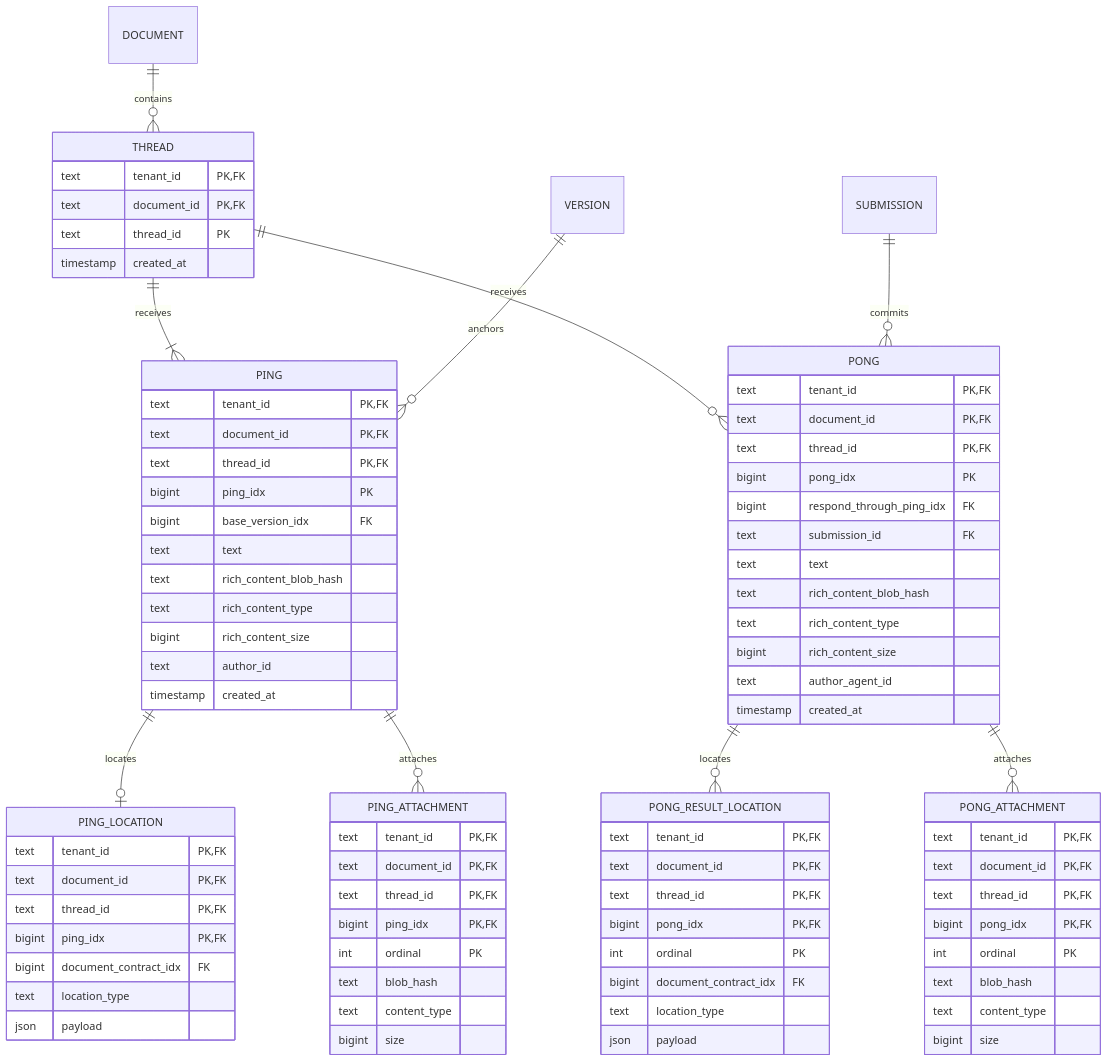
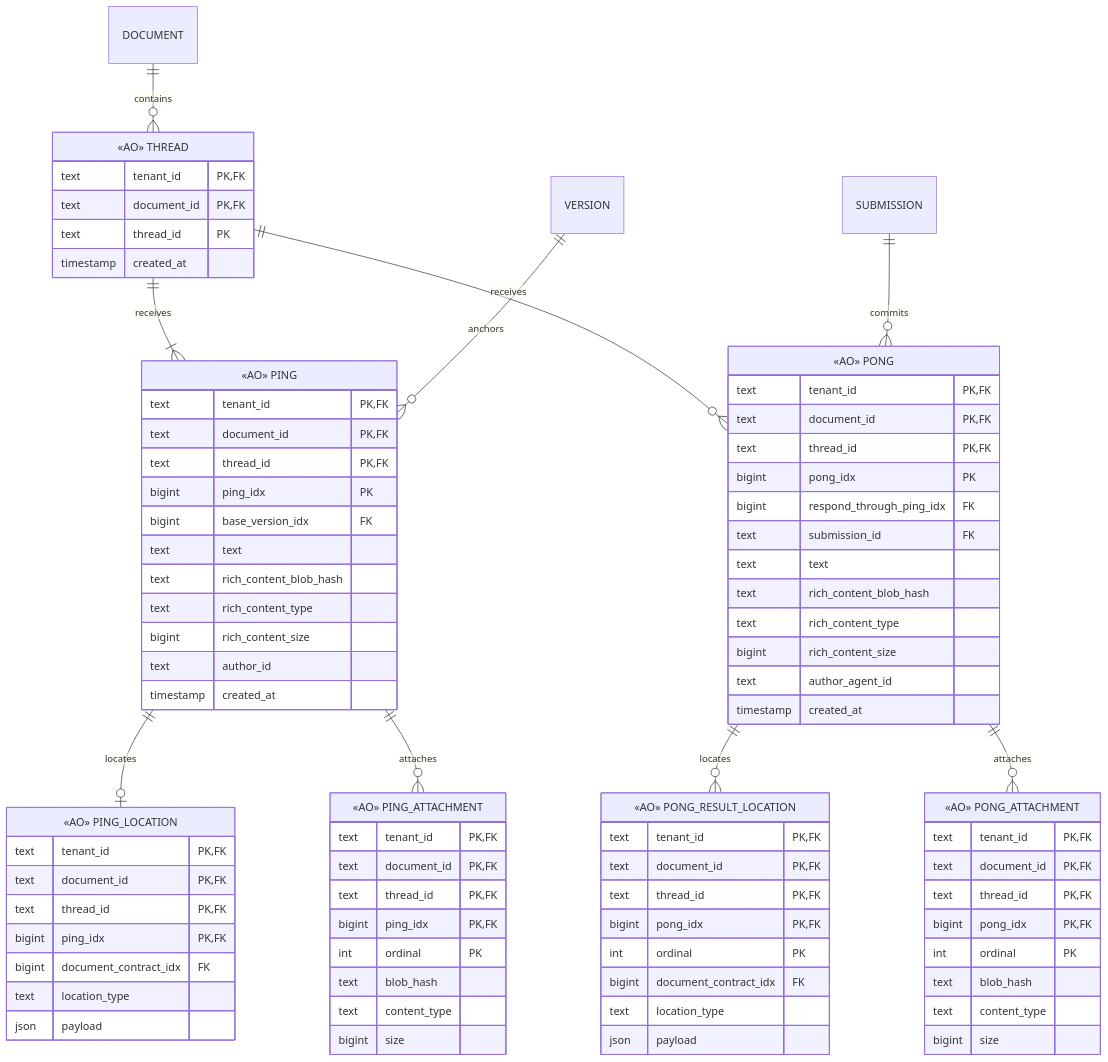
One commit to shazhou-ww/unidocs changed the fourth of 5 diagrams in docs/design/platform-v0/platform-er-model-v0.md. Above: the diagram before and after it, drawn with Mermaid. The commit also changed other lines of this file and 11 other files, not shown here.

```diff
--- a/docs/design/platform-v0/platform-er-model-v0.md
+++ b/docs/design/platform-v0/platform-er-model-v0.md
@@ -295,13 +295,13 @@
     PONG ||--o{ PONG_RESULT_LOCATION : locates
     PONG ||--o{ PONG_ATTACHMENT : attaches
 
-    THREAD {
+    THREAD["«AO» THREAD"] {
         text tenant_id PK,FK
         text document_id PK,FK
         text thread_id PK
         timestamp created_at
     }
-    PING {
+    PING["«AO» PING"] {
         text tenant_id PK,FK
         text document_id PK,FK
         text thread_id PK,FK
@@ -314,7 +314,7 @@
         text author_id
         timestamp created_at
     }
-    PING_LOCATION {
+    PING_LOCATION["«AO» PING_LOCATION"] {
         text tenant_id PK,FK
         text document_id PK,FK
         text thread_id PK,FK
@@ -323,7 +323,7 @@
         text location_type
         json payload
     }
-    PING_ATTACHMENT {
+    PING_ATTACHMENT["«AO» PING_ATTACHMENT"] {
         text tenant_id PK,FK
         text document_id PK,FK
         text thread_id PK,FK
@@ -333,7 +333,7 @@
         text content_type
         bigint size
     }
-    PONG {
+    PONG["«AO» PONG"] {
         text tenant_id PK,FK
         text document_id PK,FK
         text thread_id PK,FK
@@ -347,7 +347,7 @@
         text author_agent_id
         timestamp created_at
     }
-    PONG_RESULT_LOCATION {
+    PONG_RESULT_LOCATION["«AO» PONG_RESULT_LOCATION"] {
         text tenant_id PK,FK
         text document_id PK,FK
         text thread_id PK,FK
@@ -357,7 +357,7 @@
         text location_type
         json payload
     }
-    PONG_ATTACHMENT {
+    PONG_ATTACHMENT["«AO» PONG_ATTACHMENT"] {
         text tenant_id PK,FK
         text document_id PK,FK
         text thread_id PK,FK
```
